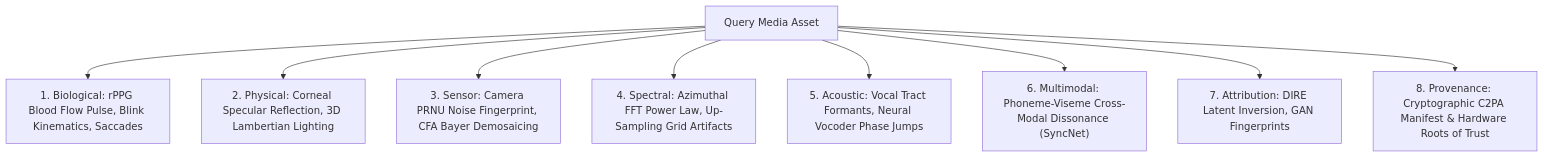
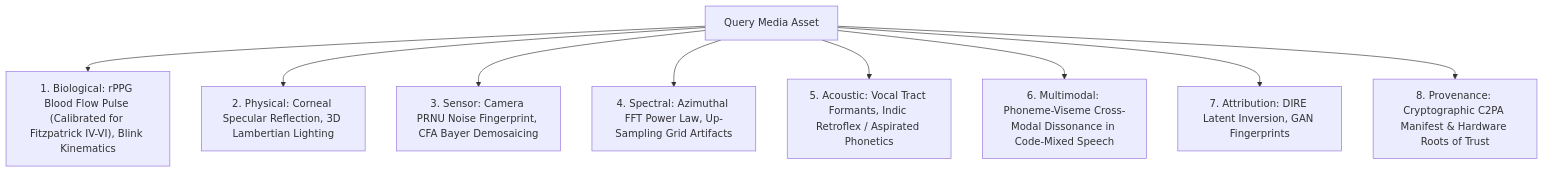
The third of 3 diagrams in README.md (Omnifex-Agency/deepfake), drawn with Mermaid before and after one commit. The commit also changed other lines of this file and 9 other files, not shown here.

````diff
--- a/README.md
+++ b/README.md
@@ -132,11 +139,11 @@
 ```mermaid
 graph TD
-    Media["Query Media Asset"] --> Bio["1. Biological: rPPG Blood Flow Pulse, Blink Kinematics, Saccades"]
+    Media["Query Media Asset"] --> Bio["1. Biological: rPPG Blood Flow Pulse (Calibrated for Fitzpatrick IV-VI), Blink Kinematics"]
     Media --> Opt["2. Physical: Corneal Specular Reflection, 3D Lambertian Lighting"]
     Media --> Sen["3. Sensor: Camera PRNU Noise Fingerprint, CFA Bayer Demosaicing"]
     Media --> Spe["4. Spectral: Azimuthal FFT Power Law, Up-Sampling Grid Artifacts"]
-    Media --> Acu["5. Acoustic: Vocal Tract Formants, Neural Vocoder Phase Jumps"]
-    Media --> Mul["6. Multimodal: Phoneme-Viseme Cross-Modal Dissonance (SyncNet)"]
+    Media --> Acu["5. Acoustic: Vocal Tract Formants, Indic Retroflex / Aspirated Phonetics"]
+    Media --> Mul["6. Multimodal: Phoneme-Viseme Cross-Modal Dissonance in Code-Mixed Speech"]
     Media --> Att["7. Attribution: DIRE Latent Inversion, GAN Fingerprints"]
     Media --> C2PA["8. Provenance: Cryptographic C2PA Manifest & Hardware Roots of Trust"]
 ```
````
